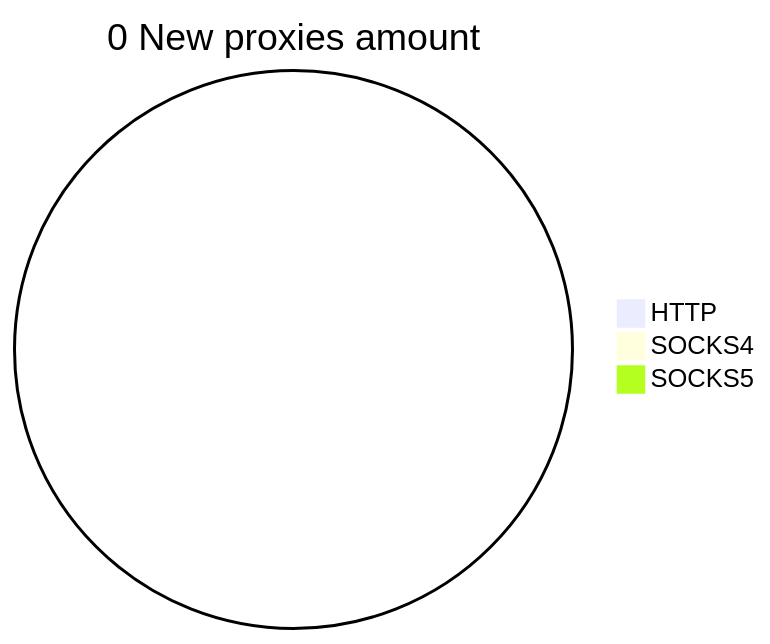
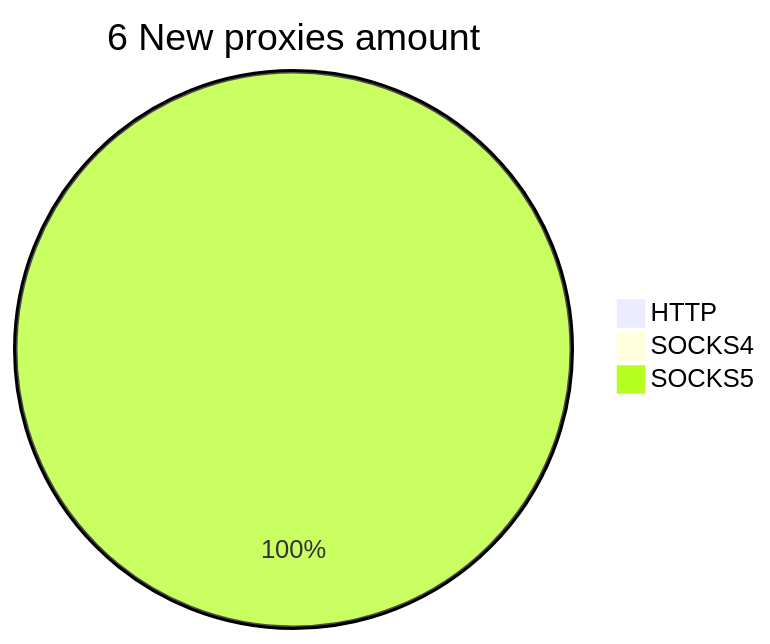
One commit to cutipu/proxylist changed the second of 2 diagrams in README.md. Above: the diagram before and after it, drawn with Mermaid. The commit also changed other lines of this file, not shown here.

````diff
--- a/README.md
+++ b/README.md
@@ -10,6 +10,6 @@
 ```mermaid
-pie title 0 New proxies amount
+pie title 6 New proxies amount
     "HTTP" : 0
     "SOCKS4" : 0
-    "SOCKS5" : 0
+    "SOCKS5" : 6
 ```
````
